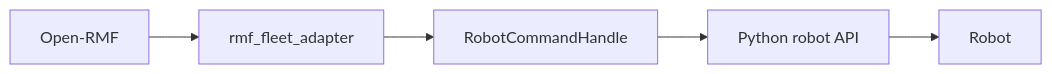
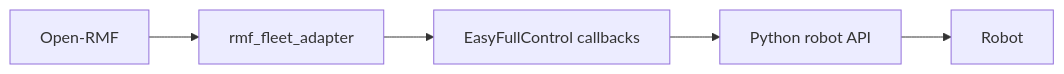
The first of 2 diagrams in docs/rmf-migration.md (Briancbn/vda5050_core), drawn with Mermaid before and after one commit. The commit also changed other lines of this file, not shown here.

````diff
--- a/docs/rmf-migration.md
+++ b/docs/rmf-migration.md
@@ -81,7 +64,7 @@
 ```mermaid
 flowchart LR
     RMF[Open-RMF] --> Fleet[rmf_fleet_adapter]
-    Fleet --> Commands[RobotCommandHandle]
+    Fleet --> Commands[EasyFullControl callbacks]
     Commands --> API[Python robot API]
     API --> Robot
 ```
````
